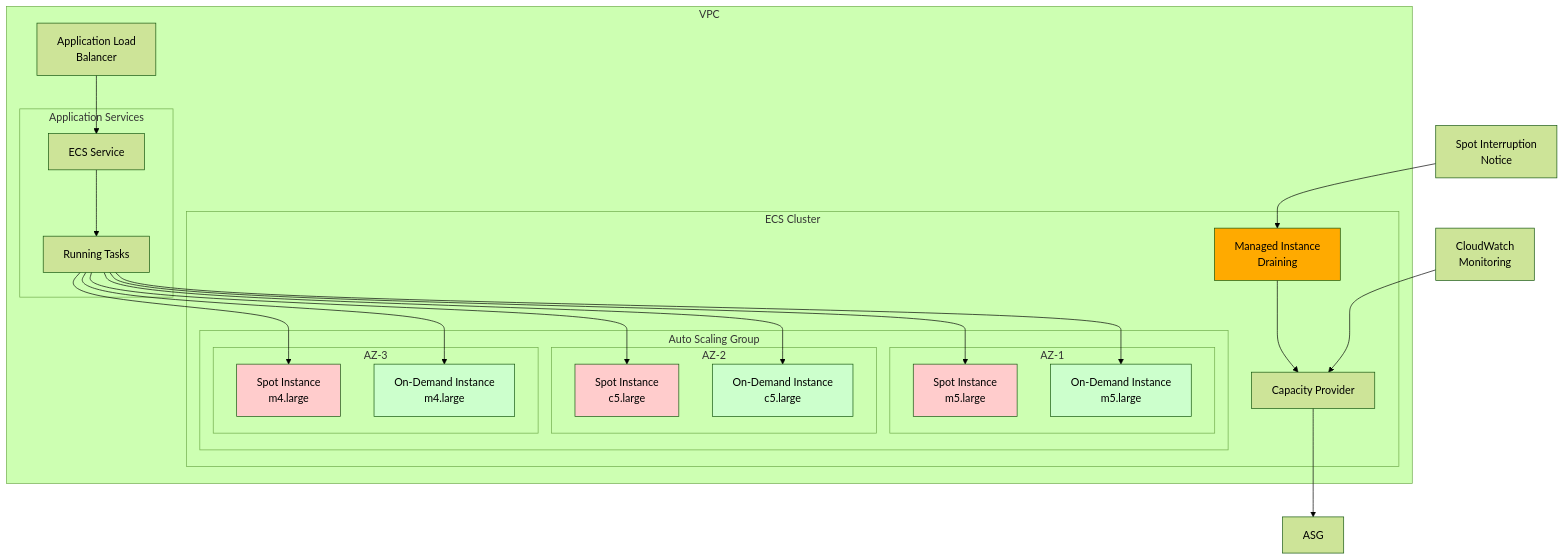
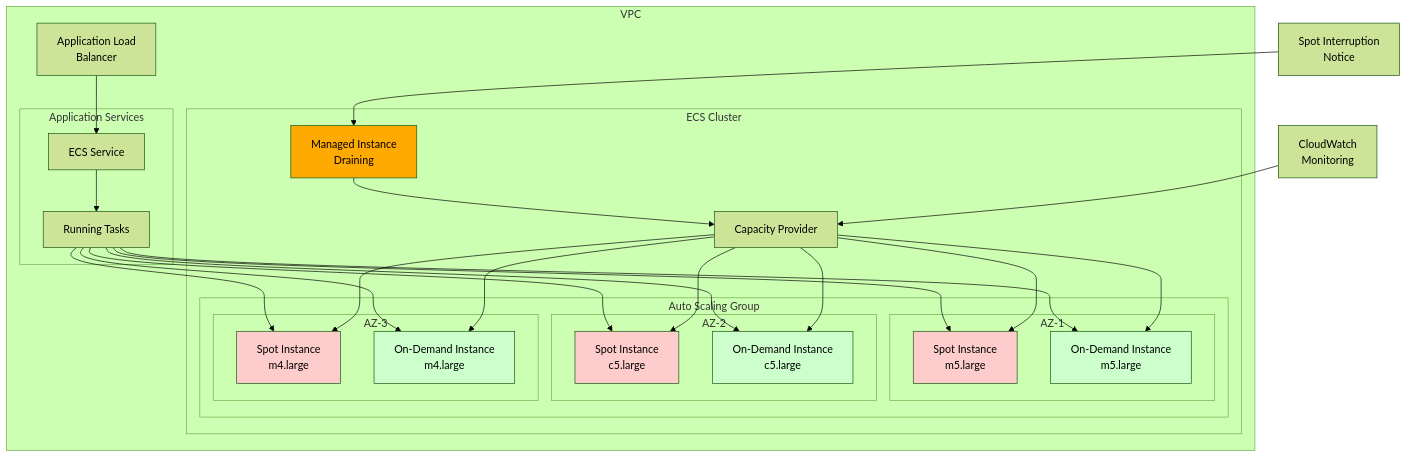
The diagram in aws/cost-effective-ecs-spot/cost-effective-ecs-spot.md (mzazon/awesome-cloud-projects), drawn with Mermaid (forest theme) before and after one commit. The commit also changed other lines of this file and 5581 other files, not shown here.

````diff
--- a/aws/cost-effective-ecs-spot/cost-effective-ecs-spot.md
+++ b/aws/cost-effective-ecs-spot/cost-effective-ecs-spot.md
@@ -30,57 +30,62 @@
 ```mermaid
 graph TB
     subgraph "VPC"
         subgraph "ECS Cluster"
             subgraph "Auto Scaling Group"
                 subgraph "AZ-1"
                     SPOT1[Spot Instance<br/>m5.large]
                     OD1[On-Demand Instance<br/>m5.large]
                 end
                 subgraph "AZ-2"
                     SPOT2[Spot Instance<br/>c5.large]
                     OD2[On-Demand Instance<br/>c5.large]
                 end
                 subgraph "AZ-3"
                     SPOT3[Spot Instance<br/>m4.large]
                     OD3[On-Demand Instance<br/>m4.large]
                 end
             end
             
             CP[Capacity Provider]
             DRAIN[Managed Instance<br/>Draining]
         end
         
         subgraph "Application Services"
             SVC[ECS Service]
             TASKS[Running Tasks]
         end
         
         ALB[Application Load<br/>Balancer]
     end
     
     CW[CloudWatch<br/>Monitoring]
     SPOT_INT[Spot Interruption<br/>Notice]
     
     ALB --> SVC
     SVC --> TASKS
     TASKS --> SPOT1
     TASKS --> SPOT2
     TASKS --> SPOT3
     TASKS --> OD1
     TASKS --> OD2
     TASKS --> OD3
     
-    CP --> ASG
+    CP --> SPOT1
+    CP --> SPOT2
+    CP --> SPOT3
+    CP --> OD1
+    CP --> OD2
+    CP --> OD3
     SPOT_INT --> DRAIN
     DRAIN --> CP
     
     CW --> CP
     
     style SPOT1 fill:#ffcccc
     style SPOT2 fill:#ffcccc
     style SPOT3 fill:#ffcccc
     style OD1 fill:#ccffcc
     style OD2 fill:#ccffcc
     style OD3 fill:#ccffcc
     style DRAIN fill:#ffaa00
 ```
````
